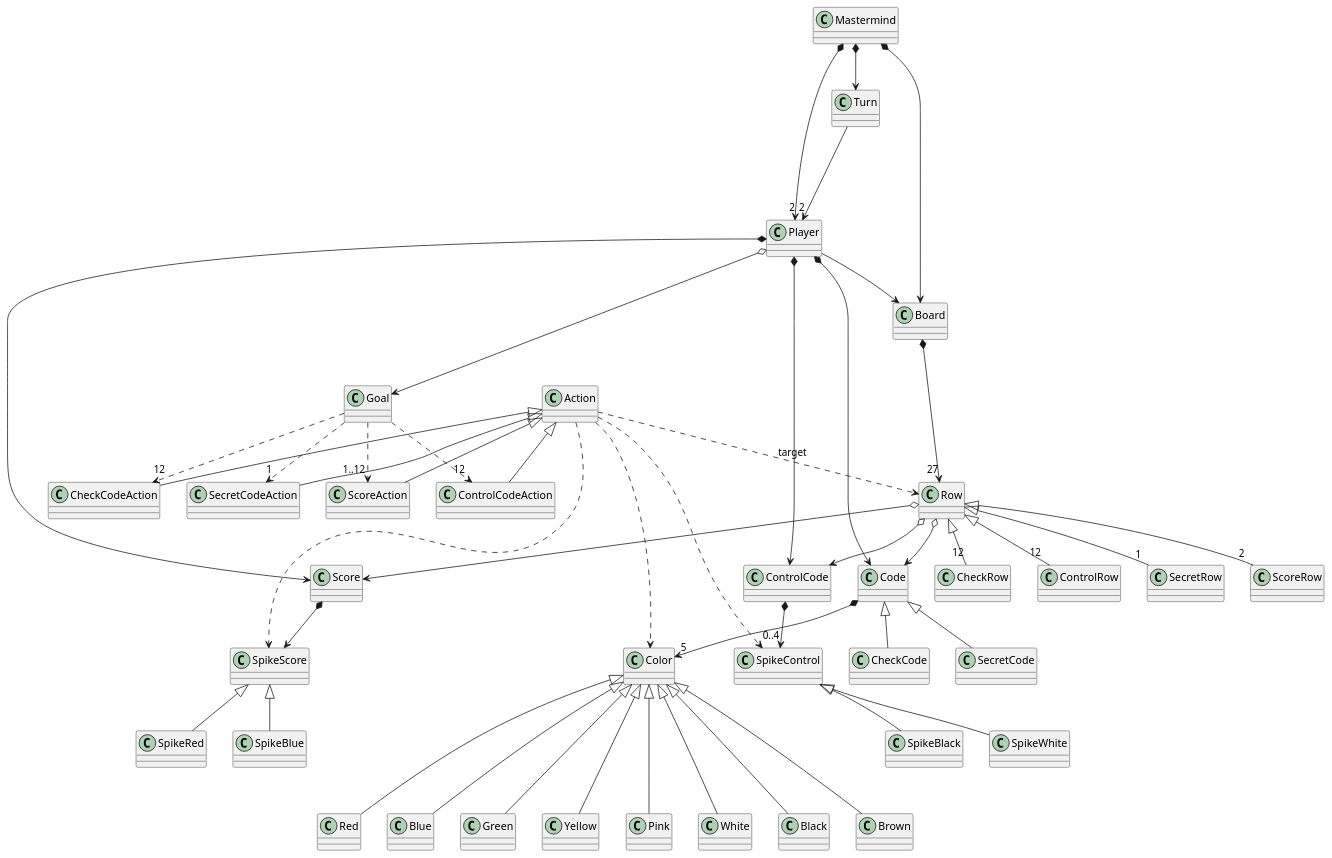
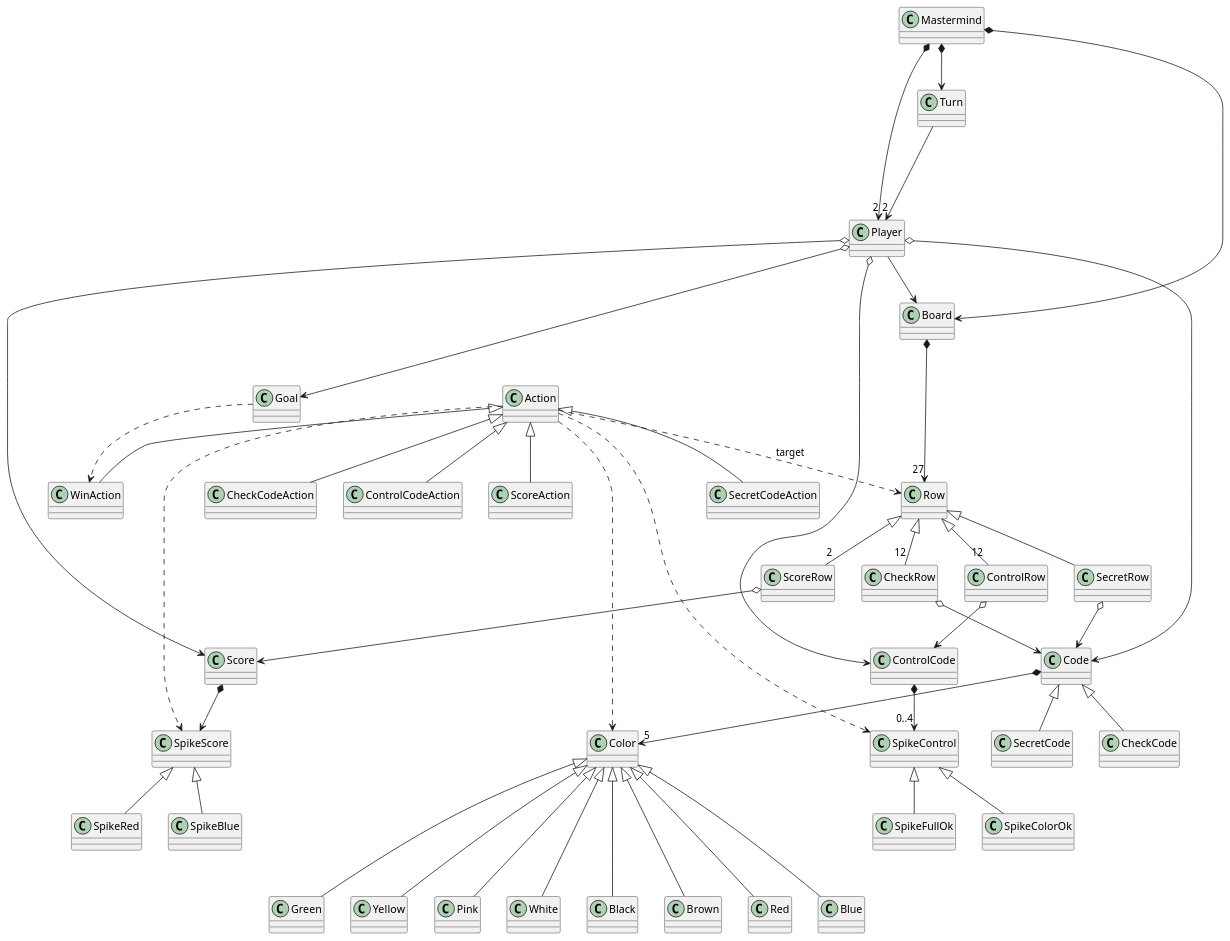
One commit to Master-Desarrollo-20-21/ejercicio-2-modelo-de-dominio-mastermind-kiarras changed the diagram in mastermind.wsd. Above: the diagram before and after it, drawn with PlantUML. The commit also changed 1 other file, not shown here.

```diff
--- a/mastermind.wsd
+++ b/mastermind.wsd
@@ -1,64 +1,62 @@
 @startuml mastermind
 Mastermind *-down-> Board
 Mastermind *-down-> "2" Player
 Mastermind *-down-> Turn
 
 Board *---> "27" Row
 together {
-Row <|-down-"12" CheckRow
-Row <|-down-"12" ControlRow
-Row <|-down-"1" SecretRow
+Row <|-down- "12" CheckRow
+Row <|-down- "12" ControlRow
+Row <|-down- SecretRow
 Row <|-down-"2" ScoreRow
 }
 
-Row o-down-> Code
-Row o-down-> Score
-Row o-down-> ControlCode
+CheckRow o-down-> Code
+SecretRow o-down-> Code
+ScoreRow o-down-> Score
+ControlRow o-down-> ControlCode
 
 together {
-Player *-down-> Code
-Player *-down-> ControlCode
-Player *-down-> Score
+Player o-down-> Code
+Player o-down-> ControlCode
+Player o-down-> Score
 }
 Player --> Board
 Player o--> Goal
 
 Action <|-down- SecretCodeAction
 Action <|-down- CheckCodeAction
 Action <|-down- ControlCodeAction
 Action <|-down- ScoreAction
-
+Action <|-down- WinAction
 Turn ---> "2" Player
 
 Code *-down-> "5" Color
 together {
 Code <|-down- SecretCode
 Code <|-down- CheckCode
 }
 ControlCode *-down-> "0..4" SpikeControl
 Score *-down-> SpikeScore
 
 Color <|--- Red
 Color <|--- Blue
 Color <|--- Green
 Color <|--- Yellow
 Color <|--- Pink
 Color <|--- White
 Color <|--- Black
 Color <|--- Brown
 
-SpikeControl <|-down- SpikeBlack
-SpikeControl <|-down- SpikeWhite
+SpikeControl <|-down- SpikeFullOk
+SpikeControl <|-down- SpikeColorOk
 SpikeScore <|-down- SpikeRed
 SpikeScore <|-down- SpikeBlue
 
-Goal ..> "12" CheckCodeAction
-Goal ..> "1" SecretCodeAction
-Goal ..> "12" ControlCodeAction
-Goal ..> "1..12" ScoreAction
+Goal ..> WinAction
 
 Action ..> Color
 Action ..> SpikeScore
 Action ..> SpikeControl
 Action ..> Row : target
 @enduml
```
